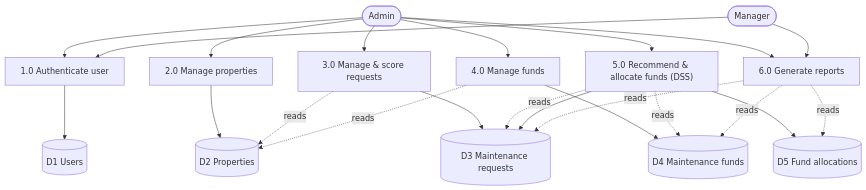
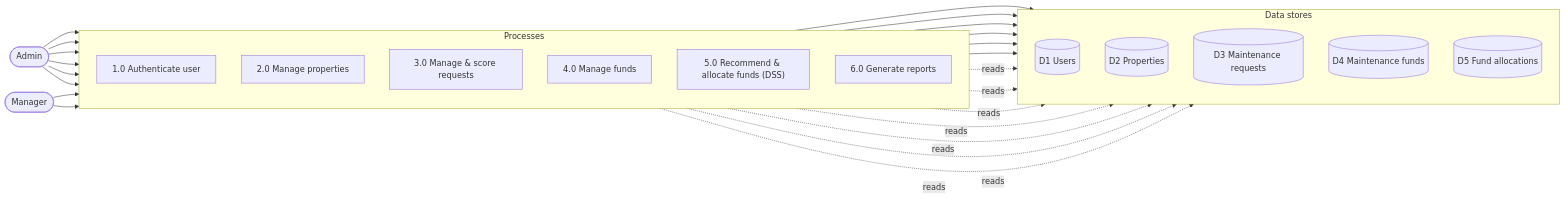
Before and after one commit to Eseohenobhen/property-dss: the fifth of 10 diagrams in docs/diagrams.md, drawn with Mermaid. The commit also changed other lines of this file and 30 other files, not shown here.

````diff
--- a/docs/diagrams.md
+++ b/docs/diagrams.md
@@ -170,42 +154,48 @@
 ```mermaid
-graph TD
+flowchart LR
   Admin([Admin])
   Manager([Manager])
 
-  P1["1.0 Authenticate user"]
-  P2["2.0 Manage properties"]
-  P3["3.0 Manage & score requests"]
-  P4["4.0 Manage funds"]
-  P5["5.0 Recommend & allocate funds (DSS)"]
-  P6["6.0 Generate reports"]
+  subgraph Processes["Processes"]
+    direction TB
+    P1["1.0 Authenticate user"]
+    P2["2.0 Manage properties"]
+    P3["3.0 Manage & score requests"]
+    P4["4.0 Manage funds"]
+    P5["5.0 Recommend & allocate funds (DSS)"]
+    P6["6.0 Generate reports"]
+  end
 
-  DS1[("D1 Users")]
-  DS2[("D2 Properties")]
-  DS3[("D3 Maintenance requests")]
-  DS4[("D4 Maintenance funds")]
-  DS5[("D5 Fund allocations")]
+  subgraph Stores["Data stores"]
+    direction TB
+    DS1[("D1 Users")]
+    DS2[("D2 Properties")]
+    DS3[("D3 Maintenance requests")]
+    DS4[("D4 Maintenance funds")]
+    DS5[("D5 Fund allocations")]
+  end
 
   Admin --> P1
+  Admin --> P2
+  Admin --> P3
+  Admin --> P4
+  Admin --> P5
+  Admin --> P6
   Manager --> P1
+  Manager --> P6
+
   P1 --> DS1
-
-  Admin --> P2 --> DS2
-
-  Admin --> P3 --> DS3
-  P3 -. "reads" .-> DS2
-
-  Admin --> P4 --> DS4
-  P4 -. "reads" .-> DS2
-
-  Admin --> P5
-  P5 -. "reads" .-> DS3
-  P5 -. "reads" .-> DS4
+  P2 --> DS2
+  P3 --> DS3
+  P4 --> DS4
   P5 --> DS5
   P5 --> DS3
 
-  Admin --> P6
-  Manager --> P6
-  P6 -. "reads" .-> DS3
-  P6 -. "reads" .-> DS4
-  P6 -. "reads" .-> DS5
+  P3 -. reads .-> DS2
+  P4 -. reads .-> DS2
+  P5 -. reads .-> DS3
+  P5 -. reads .-> DS4
+  P6 -. reads .-> DS3
+  P6 -. reads .-> DS4
+  P6 -. reads .-> DS5
 ```
````
